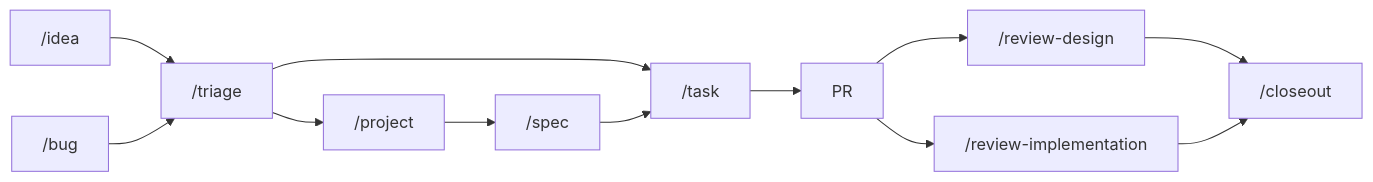
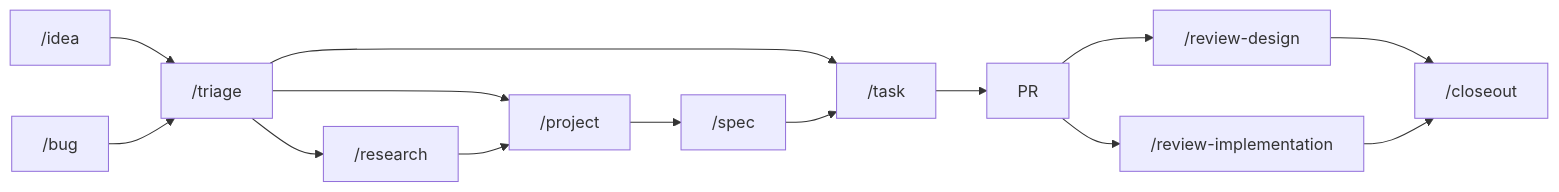
One commit to Cogni-DAO/node-template changed the diagram in docs/spec/development-lifecycle.md. Above: the diagram before and after it, drawn with Mermaid. The commit also changed other lines of this file and 4 other files, not shown here.

````diff
--- a/docs/spec/development-lifecycle.md
+++ b/docs/spec/development-lifecycle.md
@@ -33,14 +33,16 @@
 ```mermaid
 graph LR
   idea["/idea"] --> triage["/triage"]
   bug["/bug"] --> triage
+  triage --> research["/research"]
   triage --> project["/project"]
   triage --> task["/task"]
+  research --> project
   project --> spec["/spec"]
   spec --> task
   task --> PR
   PR --> review_d["/review-design"]
   PR --> review_i["/review-implementation"]
   review_d --> closeout["/closeout"]
   review_i --> closeout
 ```
````
